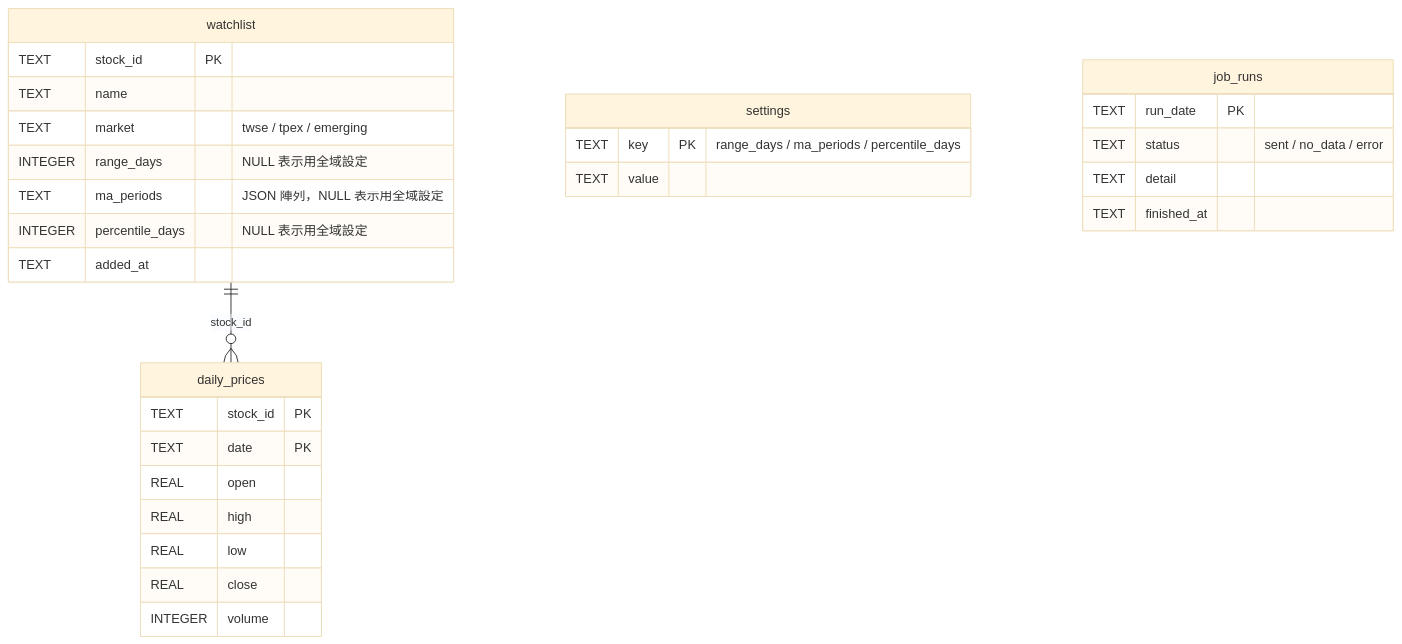
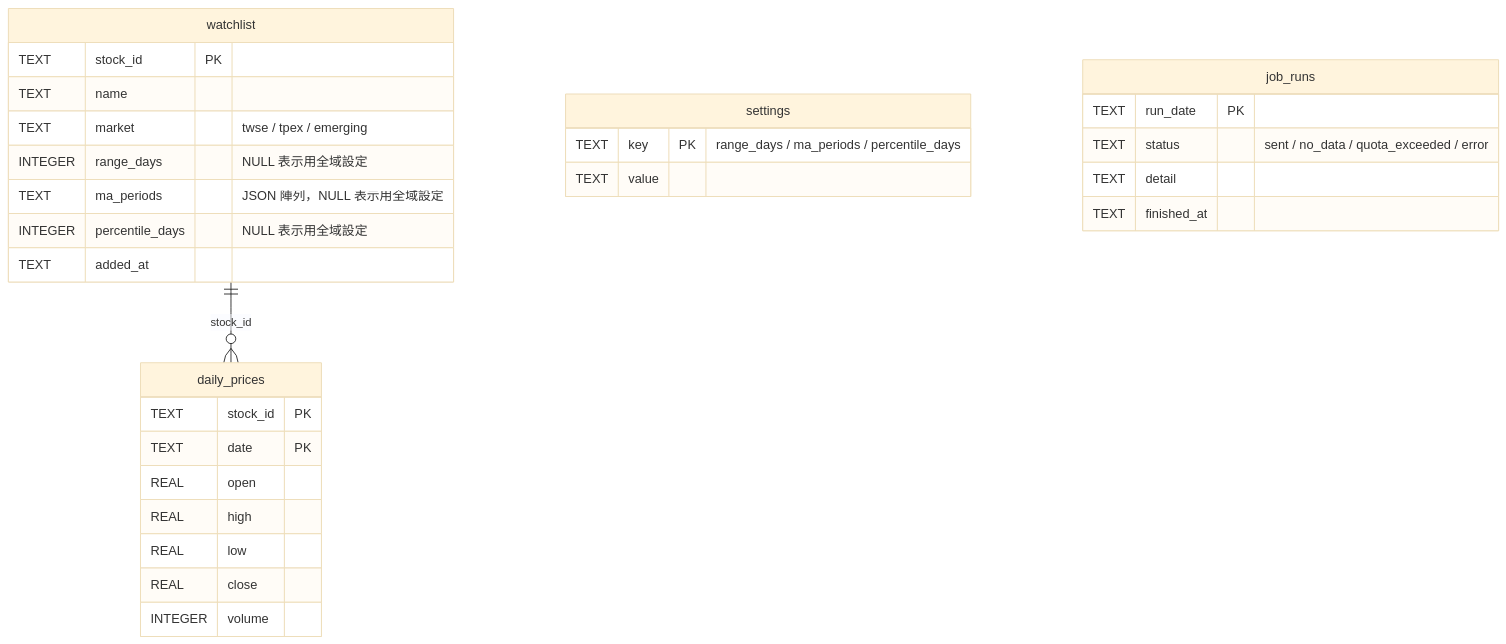
One commit to Ja7423/stock-tw-monitor changed the seventh of 7 diagrams in doc/architecture.md. Above: the diagram before and after it, drawn with Mermaid (base theme). The commit also changed other lines of this file and 5 other files, not shown here.

````diff
--- a/doc/architecture.md
+++ b/doc/architecture.md
@@ -263,32 +264,32 @@
 ```mermaid
 erDiagram
   watchlist ||--o{ daily_prices : "stock_id"
   watchlist {
     TEXT stock_id PK
     TEXT name
     TEXT market "twse / tpex / emerging"
     INTEGER range_days "NULL 表示用全域設定"
     TEXT ma_periods "JSON 陣列，NULL 表示用全域設定"
     INTEGER percentile_days "NULL 表示用全域設定"
     TEXT added_at
   }
   daily_prices {
     TEXT stock_id PK
     TEXT date PK
     REAL open
     REAL high
     REAL low
     REAL close
     INTEGER volume
   }
   settings {
     TEXT key PK "range_days / ma_periods / percentile_days"
     TEXT value
   }
   job_runs {
     TEXT run_date PK
-    TEXT status "sent / no_data / error"
+    TEXT status "sent / no_data / quota_exceeded / error"
     TEXT detail
     TEXT finished_at
   }
 ```
````
